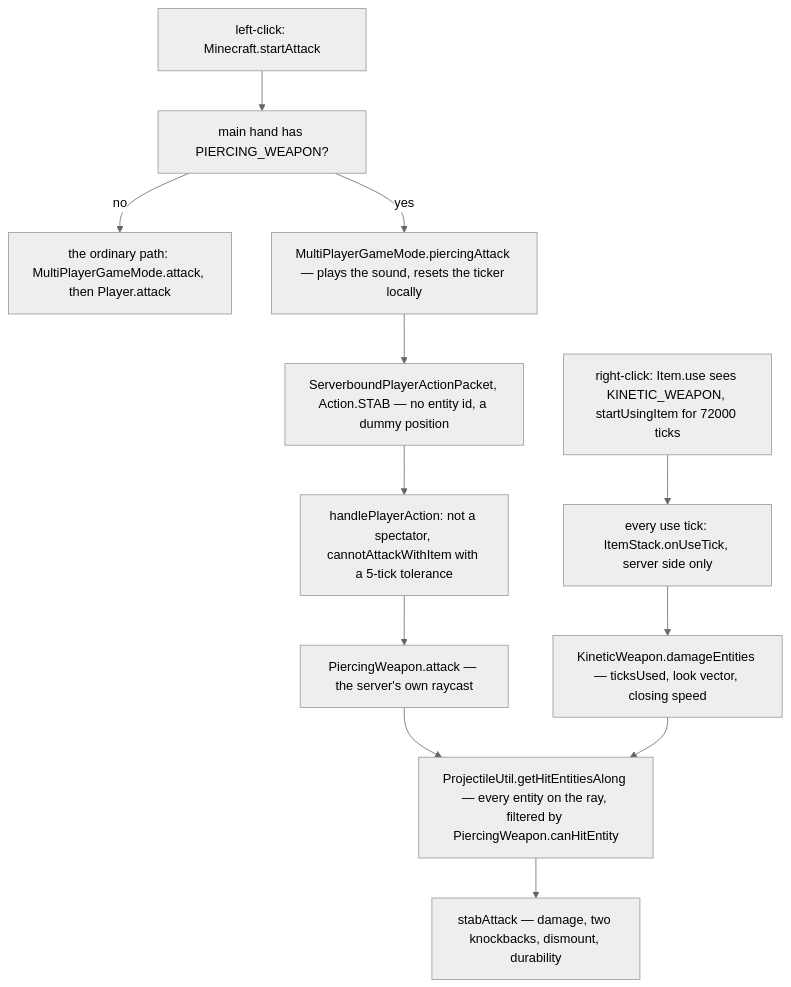
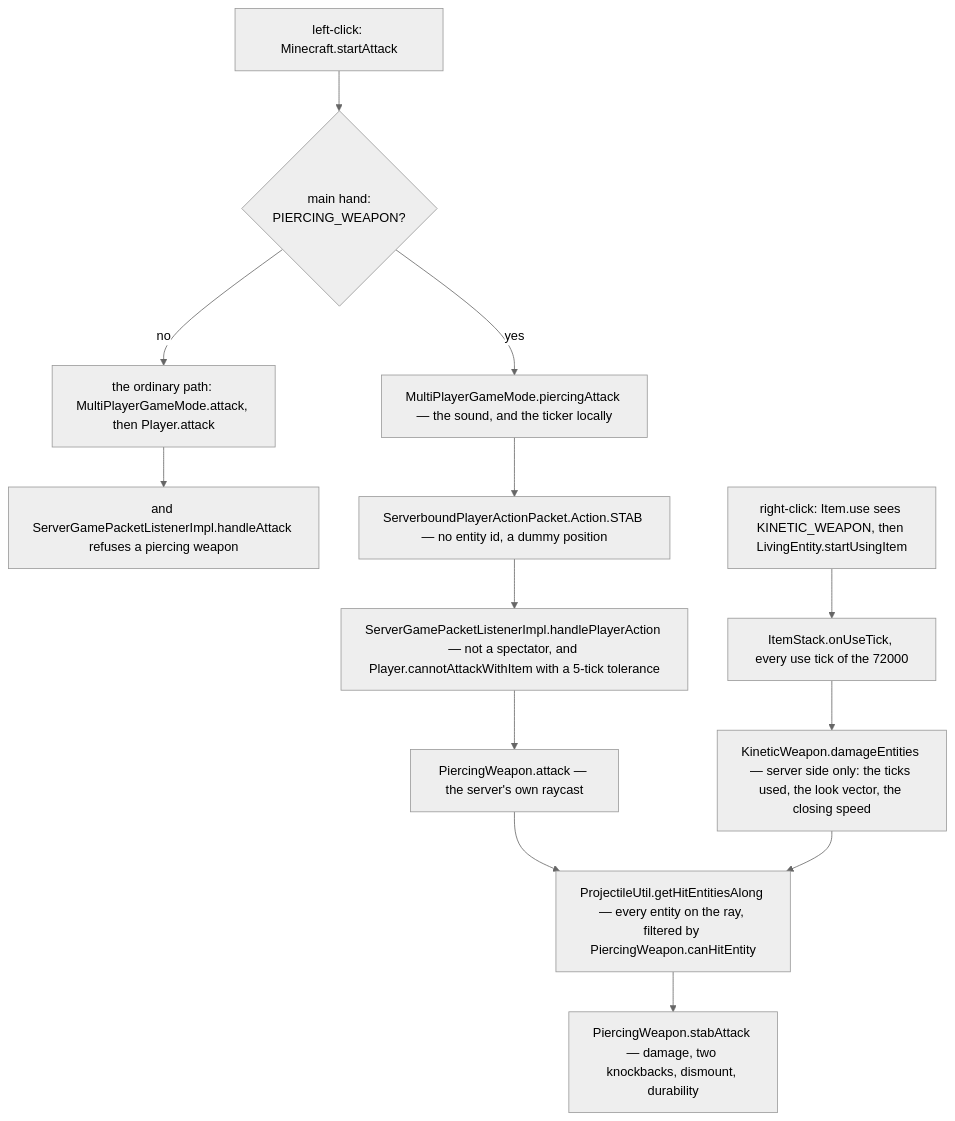
One commit to AlexanderjFraser/MinecraftDocs changed the diagram in src/systems/player/the-spear.md. Above: the diagram before and after it, drawn with Mermaid (neutral theme). The commit also changed other lines of this file and 12 other files, not shown here.

````diff
--- a/src/systems/player/the-spear.md
+++ b/src/systems/player/the-spear.md
@@ -75,26 +75,28 @@
 ```mermaid
 flowchart TD
     CLICK["left-click: Minecraft.startAttack"]
-    HAS["main hand has PIERCING_WEAPON?"]
+    HAS{"main hand:<br/>PIERCING_WEAPON?"}
     NORMAL["the ordinary path: MultiPlayerGameMode.attack, then Player.attack"]
-    PA["MultiPlayerGameMode.piercingAttack — plays the sound, resets the ticker locally"]
-    PKT["ServerboundPlayerActionPacket, Action.STAB — no entity id, a dummy position"]
-    SGPL["handlePlayerAction: not a spectator, cannotAttackWithItem with a 5-tick tolerance"]
+    REFUSE["and ServerGamePacketListenerImpl.handleAttack refuses a piercing weapon"]
+    PA["MultiPlayerGameMode.piercingAttack — the sound, and the ticker locally"]
+    PKT["ServerboundPlayerActionPacket.Action.STAB — no entity id, a dummy position"]
+    SGPL["ServerGamePacketListenerImpl.handlePlayerAction — not a spectator, and Player.cannotAttackWithItem with a 5-tick tolerance"]
     PW["PiercingWeapon.attack — the server's own raycast"]
-    USE["right-click: Item.use sees KINETIC_WEAPON, startUsingItem for 72000 ticks"]
-    TICK["every use tick: ItemStack.onUseTick, server side only"]
-    KW["KineticWeapon.damageEntities — ticksUsed, look vector, closing speed"]
+    USE["right-click: Item.use sees KINETIC_WEAPON, then LivingEntity.startUsingItem"]
+    TICK["ItemStack.onUseTick, every use tick of the 72000"]
+    KW["KineticWeapon.damageEntities — server side only: the ticks used, the look vector, the closing speed"]
     RAY["ProjectileUtil.getHitEntitiesAlong — every entity on the ray, filtered by PiercingWeapon.canHitEntity"]
-    STAB["stabAttack — damage, two knockbacks, dismount, durability"]
+    STAB["PiercingWeapon.stabAttack — damage, two knockbacks, dismount, durability"]
     CLICK --> HAS
     HAS -- "no" --> NORMAL
+    NORMAL --> REFUSE
     HAS -- "yes" --> PA
     PA --> PKT
     PKT --> SGPL
     SGPL --> PW
     USE --> TICK
     TICK --> KW
     PW --> RAY
     KW --> RAY
     RAY --> STAB
 ```
````
